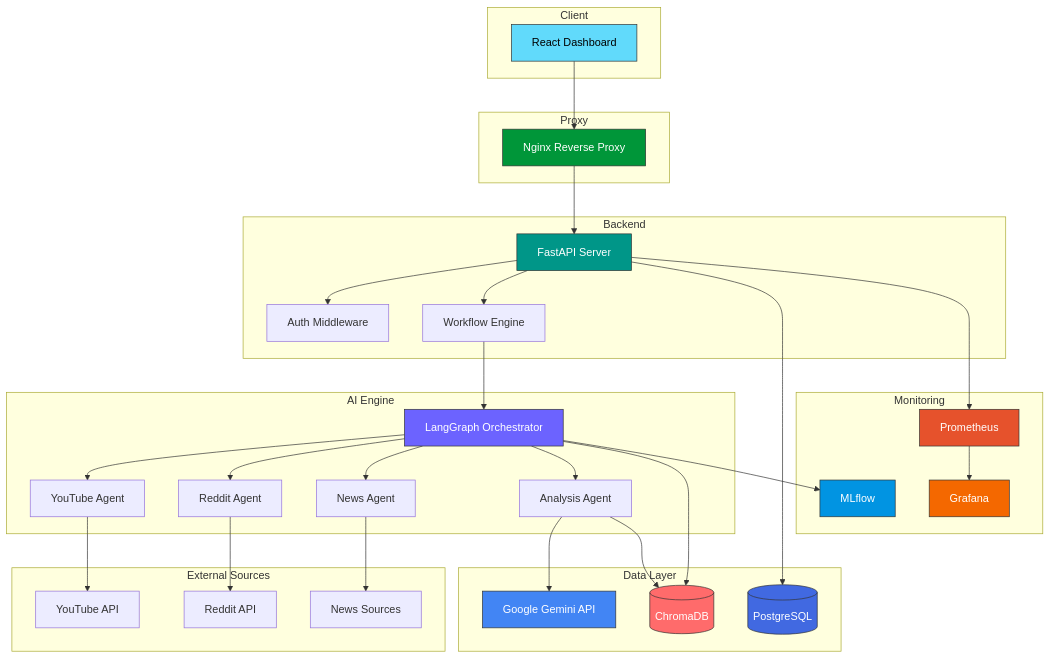
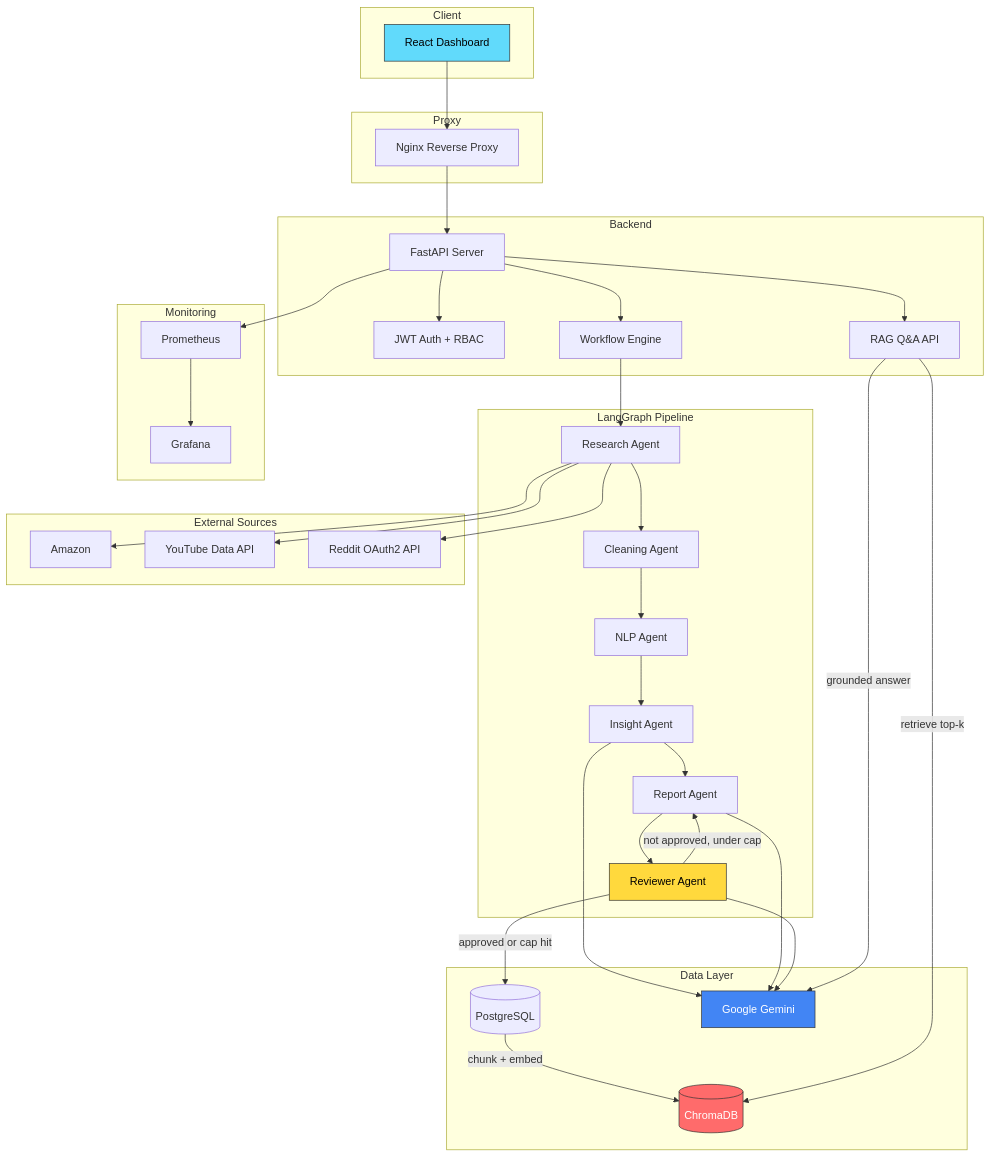
One commit to Abhi7488-VIT/AgentFlow changed the diagram in README.md. Above: the diagram before and after it, drawn with Mermaid. The commit also changed other lines of this file and 4 other files, not shown here.

````diff
--- a/README.md
+++ b/README.md
@@ -63,70 +66,69 @@
 ```mermaid
 graph TB
     subgraph Client
         UI[React Dashboard]
     end
 
     subgraph Proxy
         NG[Nginx Reverse Proxy]
     end
 
     subgraph Backend
         API[FastAPI Server]
-        AUTH[Auth Middleware]
+        AUTH[JWT Auth + RBAC]
         WF[Workflow Engine]
+        RAGAPI[RAG Q&A API]
     end
 
-    subgraph AI Engine
-        LG[LangGraph Orchestrator]
-        YTA[YouTube Agent]
-        RDA[Reddit Agent]
-        NWA[News Agent]
-        ANA[Analysis Agent]
+    subgraph "LangGraph Pipeline"
+        RES[Research Agent]
+        CLN[Cleaning Agent]
+        NLP[NLP Agent]
+        INS[Insight Agent]
+        REP[Report Agent]
+        REV[Reviewer Agent]
     end
 
-    subgraph Data Layer
+    subgraph "External Sources"
+        AZ[Amazon]
+        YT[YouTube Data API]
+        RD[Reddit OAuth2 API]
+    end
+
+    subgraph "Data Layer"
         PG[(PostgreSQL)]
         CR[(ChromaDB)]
-        GEM[Google Gemini API]
+        GEM[Google Gemini]
     end
 
     subgraph Monitoring
         PROM[Prometheus]
         GRAF[Grafana]
-        MLF[MLflow]
-    end
-
-    subgraph External Sources
-        YT[YouTube API]
-        RD[Reddit API]
-        NW[News Sources]
     end
 
     UI --> NG
     NG --> API
     API --> AUTH
     API --> WF
-    WF --> LG
-    LG --> YTA & RDA & NWA & ANA
-    YTA --> YT
-    RDA --> RD
-    NWA --> NW
-    ANA --> GEM
-    ANA --> CR
-    API --> PG
-    LG --> CR
+    API --> RAGAPI
+
+    WF --> RES
+    RES --> CLN --> NLP --> INS --> REP --> REV
+    REV -->|not approved, under cap| REP
+    REV -->|approved or cap hit| PG
+
+    RES --> AZ & YT & RD
+    INS & REP & REV --> GEM
+
+    PG -->|chunk + embed| CR
+    RAGAPI -->|retrieve top-k| CR
+    RAGAPI -->|grounded answer| GEM
+
     API --> PROM
     PROM --> GRAF
-    LG --> MLF
 
     style UI fill:#61DAFB,stroke:#333,color:#000
-    style NG fill:#009639,stroke:#333,color:#fff
-    style API fill:#009688,stroke:#333,color:#fff
-    style LG fill:#6C63FF,stroke:#333,color:#fff
-    style PG fill:#4169E1,stroke:#333,color:#fff
     style CR fill:#FF6B6B,stroke:#333,color:#fff
     style GEM fill:#4285F4,stroke:#333,color:#fff
-    style PROM fill:#E6522C,stroke:#333,color:#fff
-    style GRAF fill:#F46800,stroke:#333,color:#fff
-    style MLF fill:#0194E2,stroke:#333,color:#fff
+    style REV fill:#FFD93D,stroke:#333,color:#000
 ```
````
